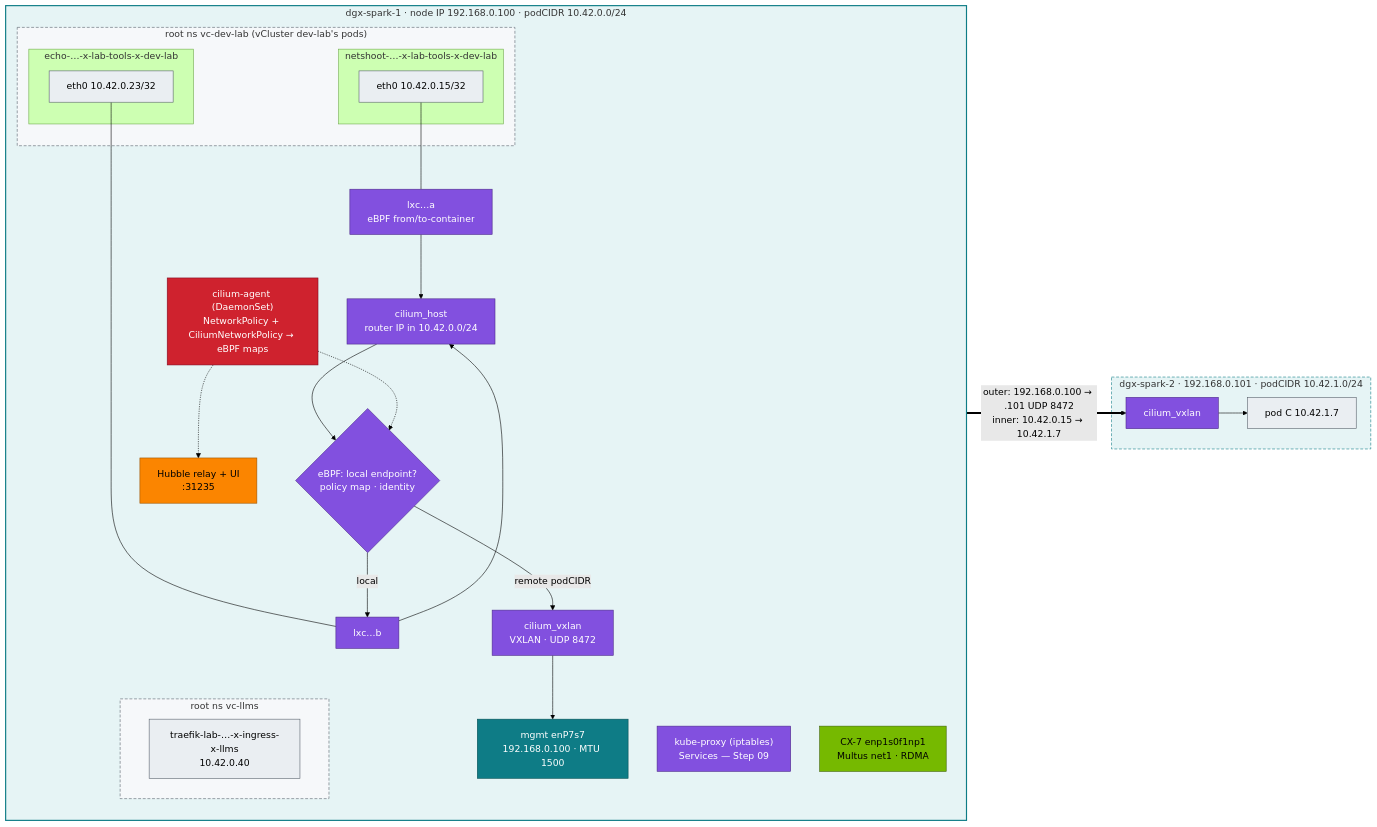
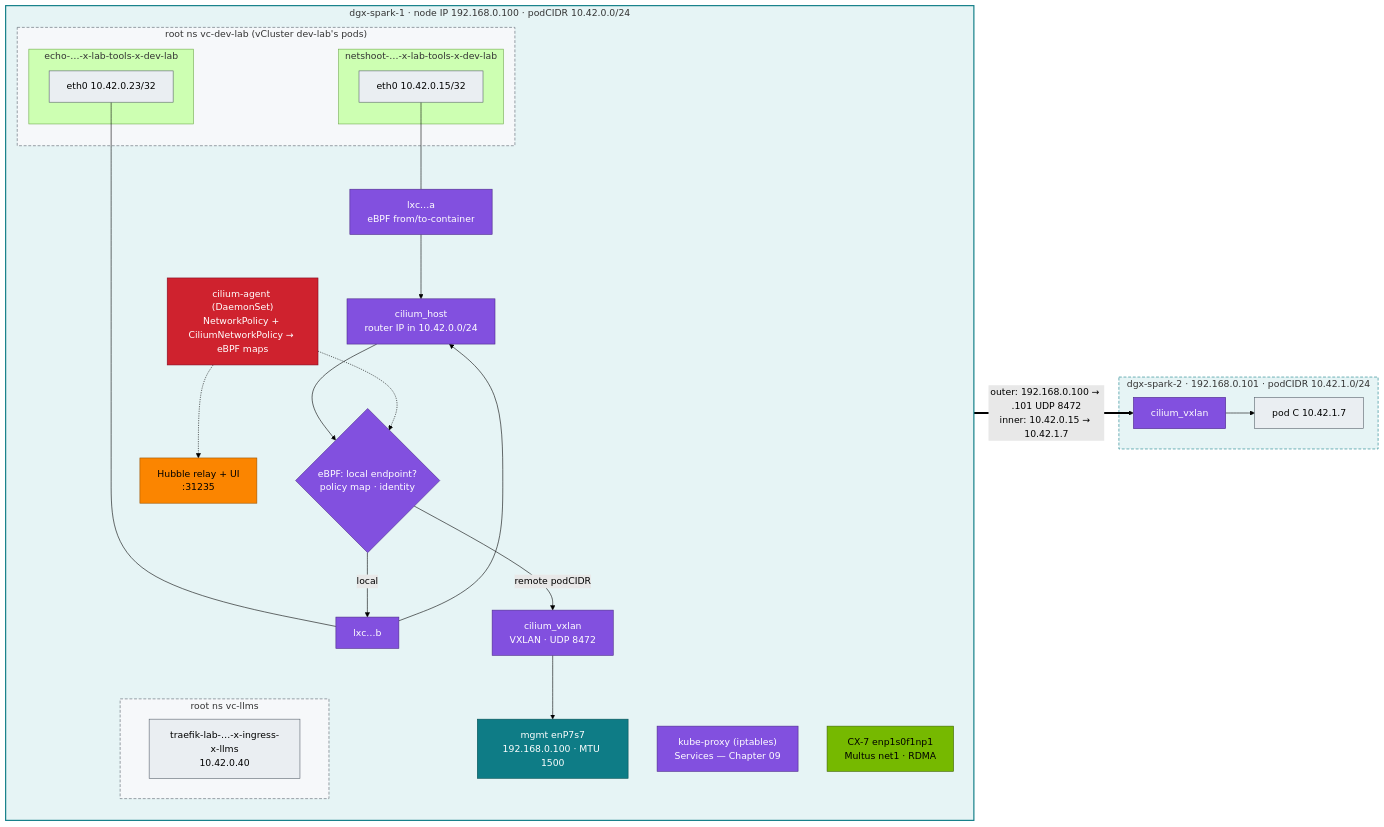
The diagram in 02-Kubernetes/08-kubernetes-networking-deep-dive.md (cloudone365/technical-depth), drawn with Mermaid (forest theme) before and after one commit. The commit also changed other lines of this file and 242 other files, not shown here.

````diff
--- a/02-Kubernetes/08-kubernetes-networking-deep-dive.md
+++ b/02-Kubernetes/08-kubernetes-networking-deep-dive.md
@@ -34,51 +34,51 @@
 ```mermaid
 flowchart LR
   subgraph S1["dgx-spark-1 · node IP 192.168.0.100 · podCIDR 10.42.0.0/24"]
     direction TB
     subgraph VCD["root ns vc-dev-lab (vCluster dev-lab's pods)"]
       subgraph P1["netshoot-…-x-lab-tools-x-dev-lab"]
         E1["eth0 10.42.0.15/32"]
       end
       subgraph P2["echo-…-x-lab-tools-x-dev-lab"]
         E2["eth0 10.42.0.23/32"]
       end
     end
     subgraph VCL["root ns vc-llms"]
       P4["traefik-lab-…-x-ingress-x-llms<br/>10.42.0.40"]
     end
     V1["lxc…a<br/>eBPF from/to-container"] --> CH
     V2["lxc…b"] --> CH
     E1 --- V1
     E2 --- V2
     CH["cilium_host<br/>router IP in 10.42.0.0/24"] --> RT{"eBPF: local endpoint?<br/>policy map · identity"}
     RT -- "local" --> V2
     RT -- "remote podCIDR" --> VX["cilium_vxlan<br/>VXLAN · UDP 8472"]
     VX --> NIC["mgmt enP7s7<br/>192.168.0.100 · MTU 1500"]
     AG["cilium-agent (DaemonSet)<br/>NetworkPolicy + CiliumNetworkPolicy → eBPF maps"]
     HB["Hubble relay + UI<br/>:31235"]
-    KP["kube-proxy (iptables)<br/>Services — Step 09"]
+    KP["kube-proxy (iptables)<br/>Services — Chapter 09"]
     CX["CX-7 enp1s0f1np1<br/>Multus net1 · RDMA"]
   end
   subgraph S2["dgx-spark-2 · 192.168.0.101 · podCIDR 10.42.1.0/24"]
     VX2["cilium_vxlan"] --> P3["pod C 10.42.1.7"]
   end
   NIC == "outer: 192.168.0.100 → .101 UDP 8472<br/>inner: 10.42.0.15 → 10.42.1.7" ==> VX2
   AG -.-> RT
   AG -.-> HB
   classDef net fill:#8250df,stroke:#4c2889,color:#fff
   classDef node fill:#0e7c86,stroke:#064e54,color:#fff
   classDef sec fill:#cf222e,stroke:#82071e,color:#fff
   classDef obs fill:#fb8500,stroke:#9a5200,color:#000
   classDef gpu fill:#76b900,stroke:#3d6000,color:#000
   classDef tenant fill:#eaeef2,stroke:#57606a,color:#000
   class CH,VX,VX2,RT,V1,V2,KP net
   class NIC node
   class CX gpu
   class AG sec
   class HB obs
   class E1,E2,P3,P4 tenant
   style S1 fill:#e6f4f5,stroke:#0e7c86,stroke-width:2px
   style S2 fill:#e6f4f5,stroke:#0e7c86,stroke-dasharray:5 3
   style VCD fill:#f6f8fa,stroke:#57606a,stroke-dasharray:5 3
   style VCL fill:#f6f8fa,stroke:#57606a,stroke-dasharray:5 3
 ```
````
